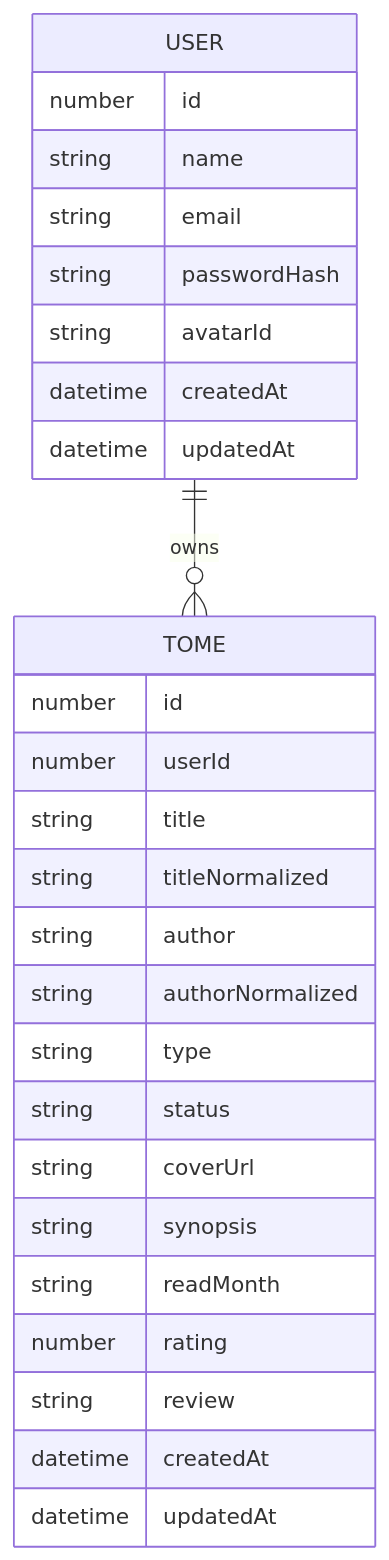
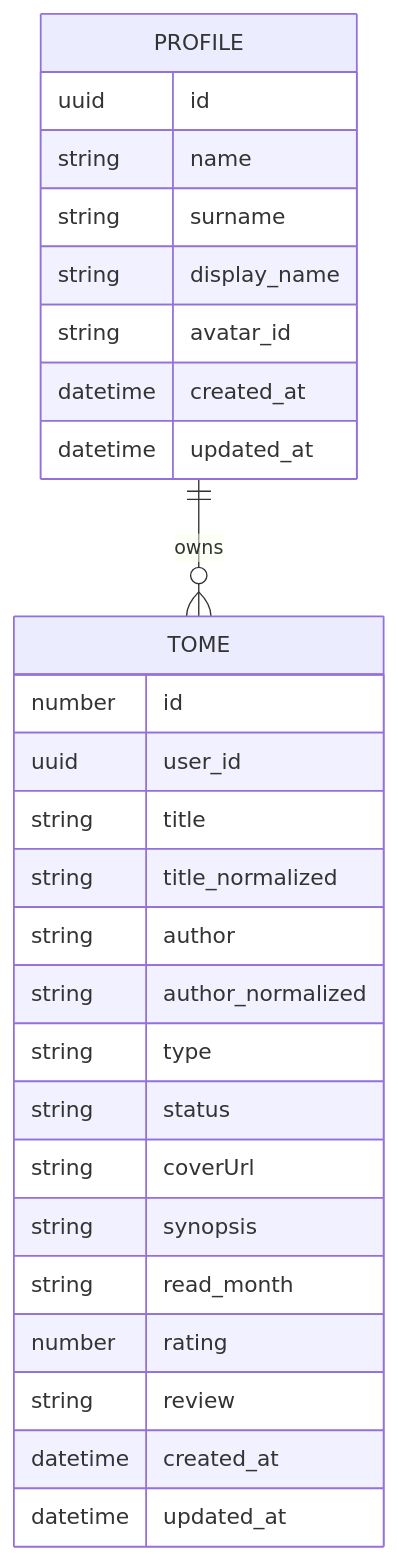
The first of 4 diagrams in docs/modelo-datos.md (MateosEsther/TomoList), drawn with Mermaid before and after one commit. The commit also changed other lines of this file and 1 other file, not shown here.

````diff
--- a/docs/modelo-datos.md
+++ b/docs/modelo-datos.md
@@ -143,32 +143,32 @@
 ```mermaid
 erDiagram
-    USER ||--o{ TOME : owns
+    PROFILE ||--o{ TOME : owns
 
-    USER {
-        number id
+    PROFILE {
+        uuid id
         string name
-        string email
-        string passwordHash
-        string avatarId
-        datetime createdAt
-        datetime updatedAt
+        string surname
+        string display_name
+        string avatar_id
+        datetime created_at
+        datetime updated_at
     }
 
     TOME {
         number id
-        number userId
+        uuid user_id
         string title
-        string titleNormalized
+        string title_normalized
         string author
-        string authorNormalized
+        string author_normalized
         string type
         string status
         string coverUrl
         string synopsis
-        string readMonth
+        string read_month
         number rating
         string review
-        datetime createdAt
-        datetime updatedAt
+        datetime created_at
+        datetime updated_at
     }
 ```
````
